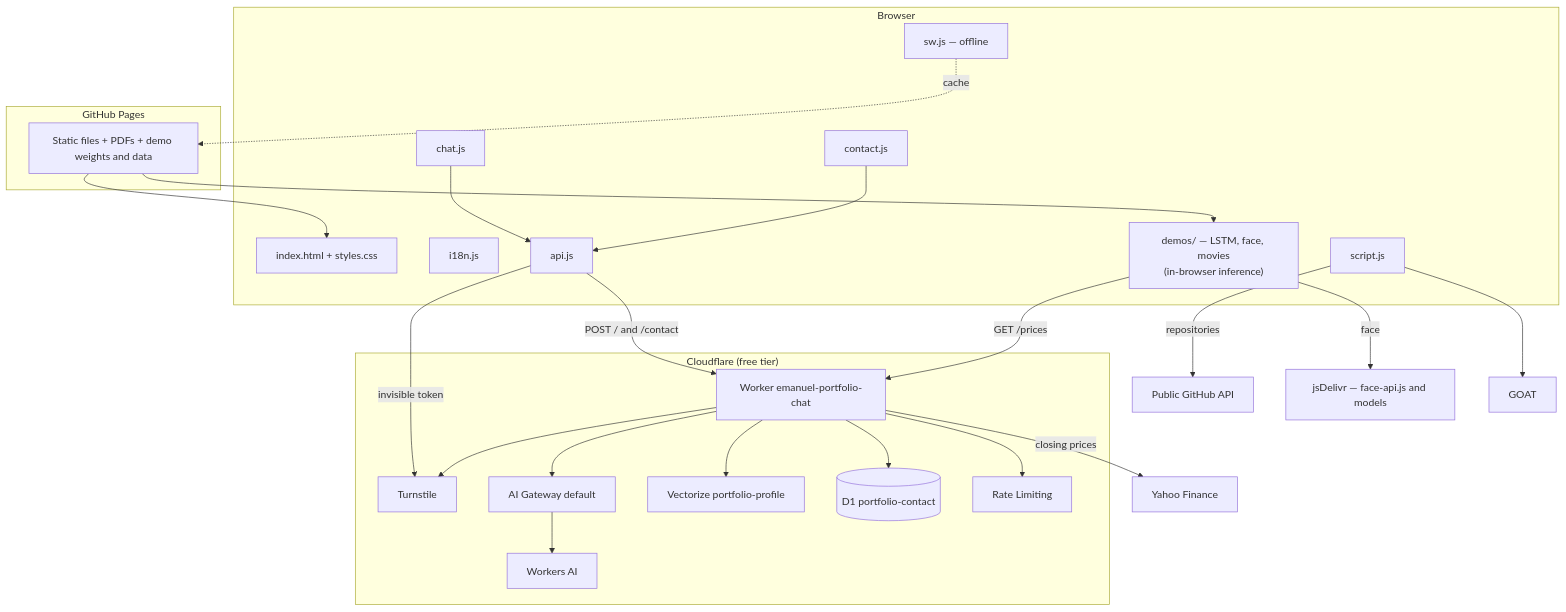
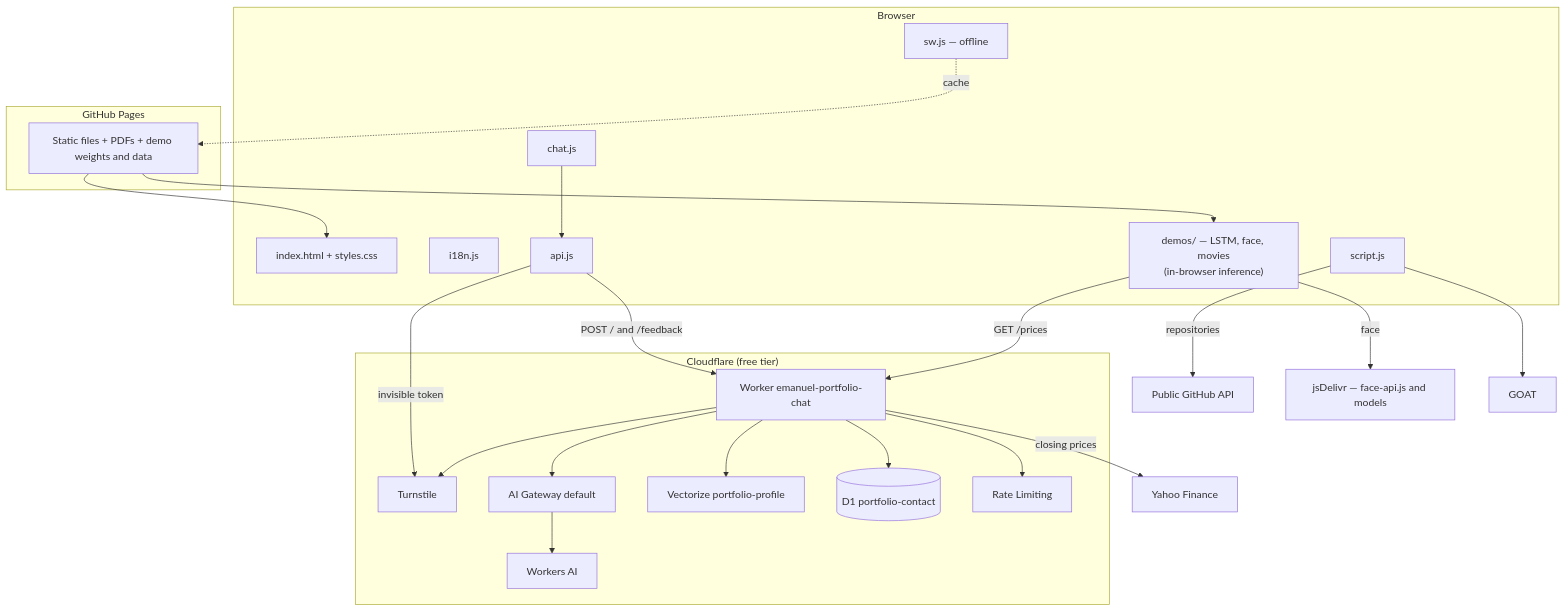
One commit to emanueleborges/emanueleborges.github.io changed the diagram in docs/sdd/en/plan.md. Above: the diagram before and after it, drawn with Mermaid. The commit also changed other lines of this file and 34 other files, not shown here.

````diff
--- a/docs/sdd/en/plan.md
+++ b/docs/sdd/en/plan.md
@@ -11,46 +11,44 @@
 ```mermaid
 flowchart TB
   subgraph Browser
     HTML[index.html + styles.css]
     I18N[i18n.js]
     SCRIPT[script.js]
     API[api.js]
     CHAT[chat.js]
-    CONTACT[contact.js]
     SW[sw.js — offline]
     DEMOS["demos/ — LSTM, face, movies<br/>(in-browser inference)"]
   end
   subgraph "GitHub Pages"
     STATIC[Static files + PDFs + demo weights and data]
   end
   subgraph "Cloudflare (free tier)"
     WORKER[Worker emanuel-portfolio-chat]
     TURN[Turnstile]
     GATE[AI Gateway default]
     WAI[Workers AI]
     VEC[Vectorize portfolio-profile]
     DB[(D1 portfolio-contact)]
     RL[Rate Limiting]
   end
   GH[Public GitHub API]
   YF[Yahoo Finance]
   CDN[jsDelivr — face-api.js and models]
 
   STATIC --> HTML
   STATIC --> DEMOS
   SW -. cache .-> STATIC
   CHAT --> API
-  CONTACT --> API
-  API -->|POST / and /contact| WORKER
+  API -->|POST / and /feedback| WORKER
   API -->|invisible token| TURN
   WORKER --> TURN
   WORKER --> RL
   WORKER --> GATE --> WAI
   WORKER --> VEC
   WORKER --> DB
   SCRIPT --> GOAT
   SCRIPT -->|repositories| GH
   DEMOS -->|GET /prices| WORKER
   WORKER -->|closing prices| YF
   DEMOS -->|face| CDN
 ```
````
